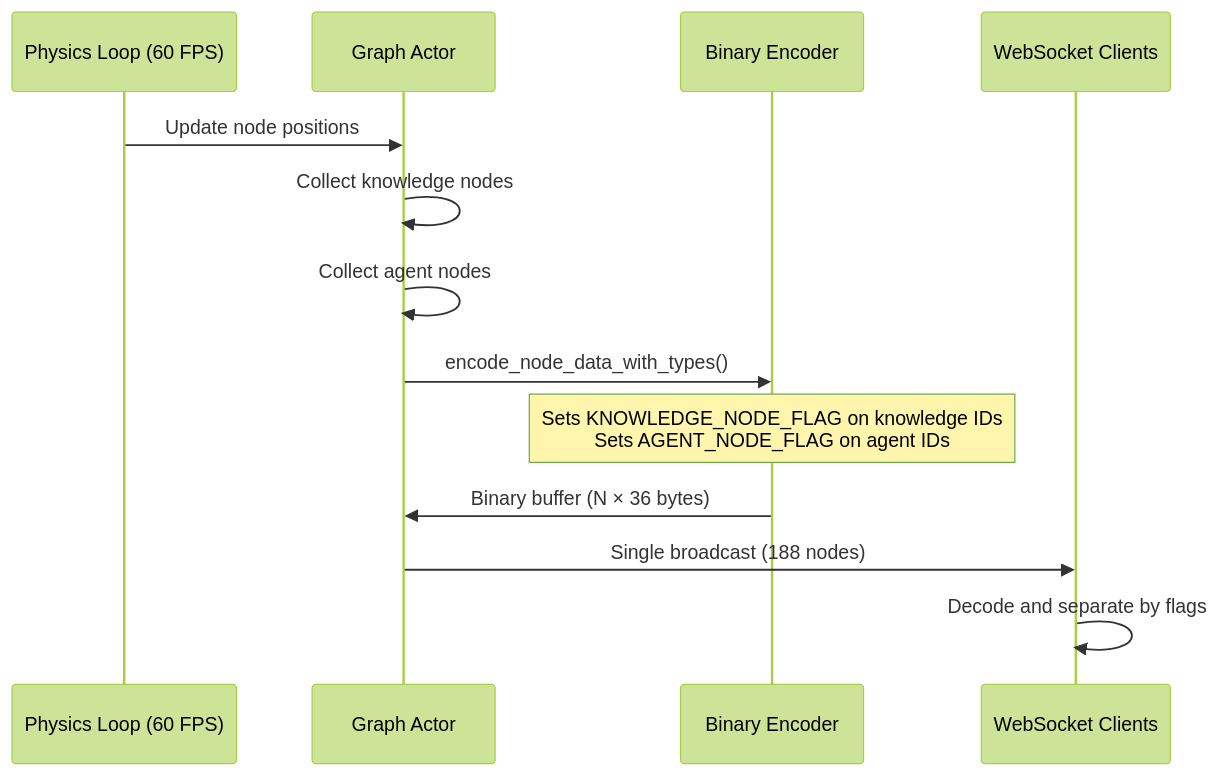
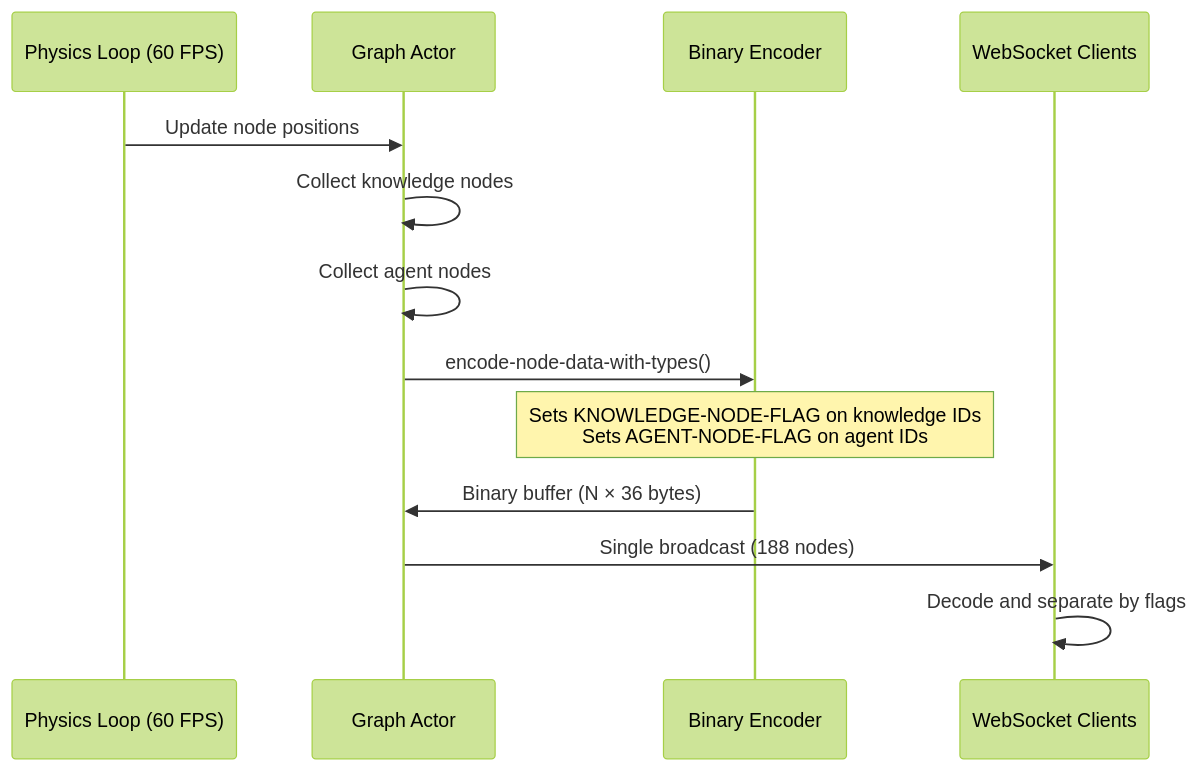
One commit to DreamLab-AI/VisionFlow changed the third of 4 diagrams in docs/concepts/architecture/components/websocket-protocol.md. Above: the diagram before and after it, drawn with Mermaid (forest theme). The commit also changed other lines of this file and 184 other files, not shown here.

````diff
--- a/docs/concepts/architecture/components/websocket-protocol.md
+++ b/docs/concepts/architecture/components/websocket-protocol.md
@@ -187,16 +187,16 @@
 ```mermaid
 sequenceDiagram
     participant PhysicsLoop as Physics Loop (60 FPS)
     participant GraphActor as Graph Actor
     participant Encoder as Binary Encoder
     participant Clients as WebSocket Clients
 
     PhysicsLoop->>GraphActor: Update node positions
     GraphActor->>GraphActor: Collect knowledge nodes
     GraphActor->>GraphActor: Collect agent nodes
-    GraphActor->>Encoder: encode_node_data_with_types()
-    Note over Encoder: Sets KNOWLEDGE_NODE_FLAG on knowledge IDs<br/>Sets AGENT_NODE_FLAG on agent IDs
+    GraphActor->>Encoder: encode-node-data-with-types()
+    Note over Encoder: Sets KNOWLEDGE-NODE-FLAG on knowledge IDs<br/>Sets AGENT-NODE-FLAG on agent IDs
     Encoder->>GraphActor: Binary buffer (N × 36 bytes)
     GraphActor->>Clients: Single broadcast (188 nodes)
     Clients->>Clients: Decode and separate by flags
 ```
````
